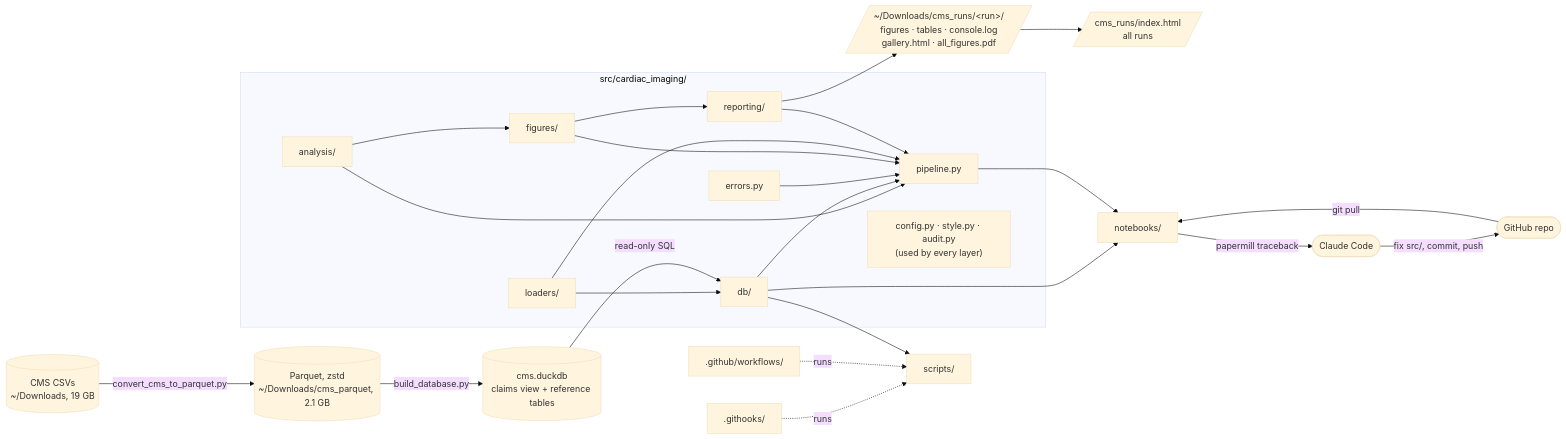
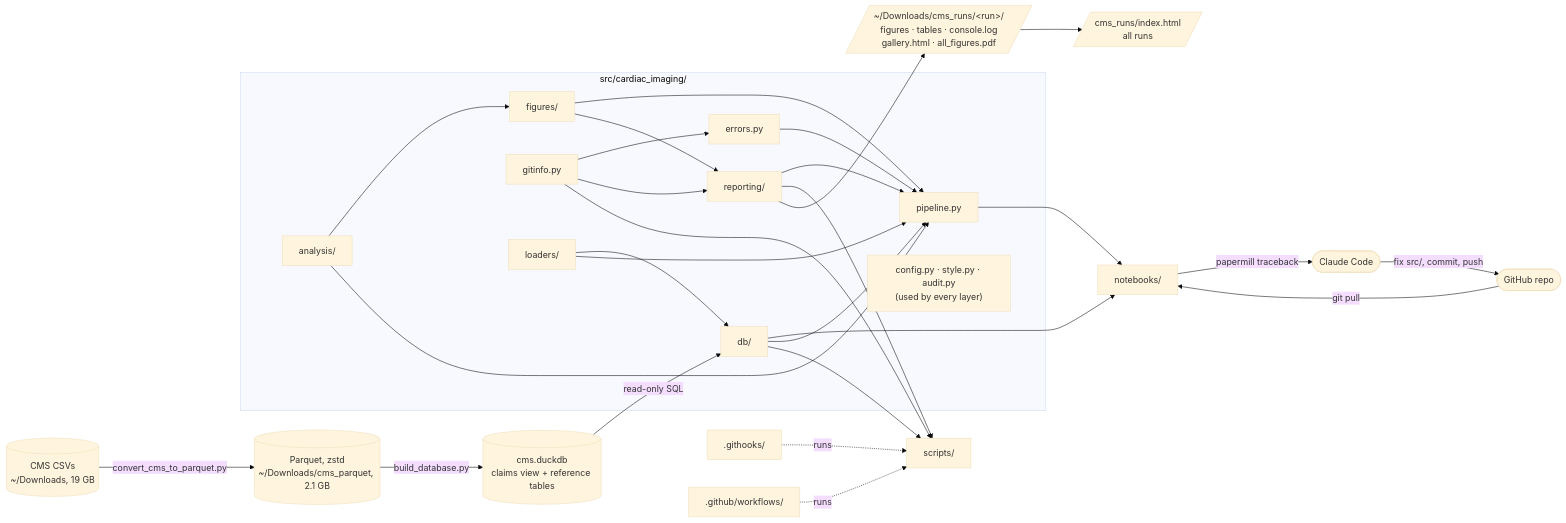
Before and after one commit to drsanjna/cardiac-imaging-medicare: the diagram in README.md, drawn with Mermaid (base theme). The commit also changed 16 other files, not shown here.

````diff
--- a/README.md
+++ b/README.md
@@ -9,46 +9,51 @@
 ```mermaid
 flowchart LR
   csv[("CMS CSVs<br/>~/Downloads, 19 GB")]
   pq[("Parquet, zstd<br/>~/Downloads/cms_parquet, 2.1 GB")]
   duck[("cms.duckdb<br/>claims view + reference tables")]
   out[/"~/Downloads/cms_runs/&lt;run&gt;/<br/>figures · tables · console.log<br/>gallery.html · all_figures.pdf"/]
   idx[/"cms_runs/index.html<br/>all runs"/]
   claude(["Claude Code"])
   gh(["GitHub repo"])
   subgraph code["src/cardiac_imaging/"]
     n_analysis_["analysis/"]
     n_db_["db/"]
     n_errors_py["errors.py"]
     n_figures_["figures/"]
+    n_gitinfo_py["gitinfo.py"]
     n_loaders_["loaders/"]
     n_pipeline_py["pipeline.py"]
     n_reporting_["reporting/"]
     cfg["config.py · style.py · audit.py<br/>(used by every layer)"]
   end
   n__githooks_[".githooks/"]
   n__github_workflows_[".github/workflows/"]
   n_notebooks_["notebooks/"]
   n_scripts_["scripts/"]
   n_analysis_ --> n_figures_
   n_analysis_ --> n_pipeline_py
   n_db_ --> n_notebooks_
   n_db_ --> n_pipeline_py
   n_db_ --> n_scripts_
   n_errors_py --> n_pipeline_py
   n_figures_ --> n_pipeline_py
   n_figures_ --> n_reporting_
+  n_gitinfo_py --> n_errors_py
+  n_gitinfo_py --> n_reporting_
+  n_gitinfo_py --> n_scripts_
   n_loaders_ --> n_db_
   n_loaders_ --> n_pipeline_py
   n_pipeline_py --> n_notebooks_
   n_reporting_ --> n_pipeline_py
+  n_reporting_ --> n_scripts_
   n__githooks_ -. runs .-> n_scripts_
   n__github_workflows_ -. runs .-> n_scripts_
   csv -- "convert_cms_to_parquet.py" --> pq
   pq -- "build_database.py" --> duck
   duck -- "read-only SQL" --> n_db_
   n_reporting_ --> out
 out --> idx
   n_notebooks_ -- "papermill traceback" --> claude
   claude -- "fix src/, commit, push" --> gh
   gh -- "git pull" --> n_notebooks_
 ```
````
